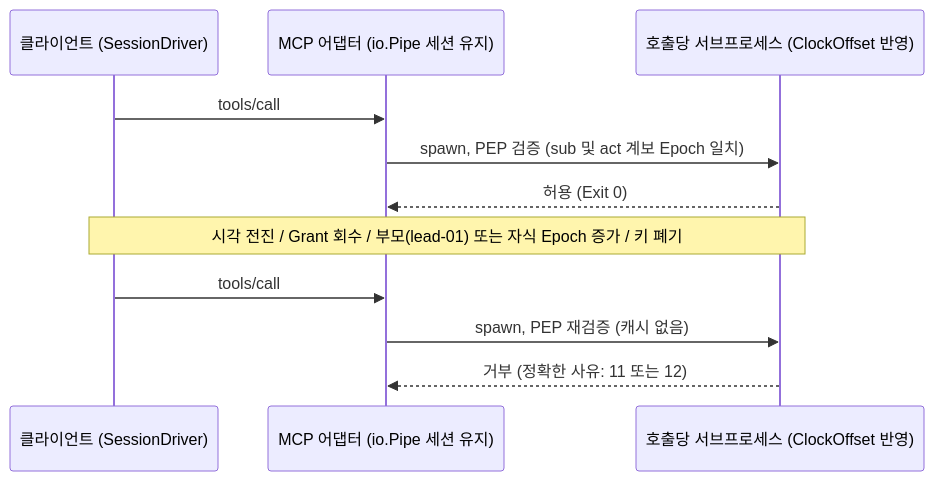
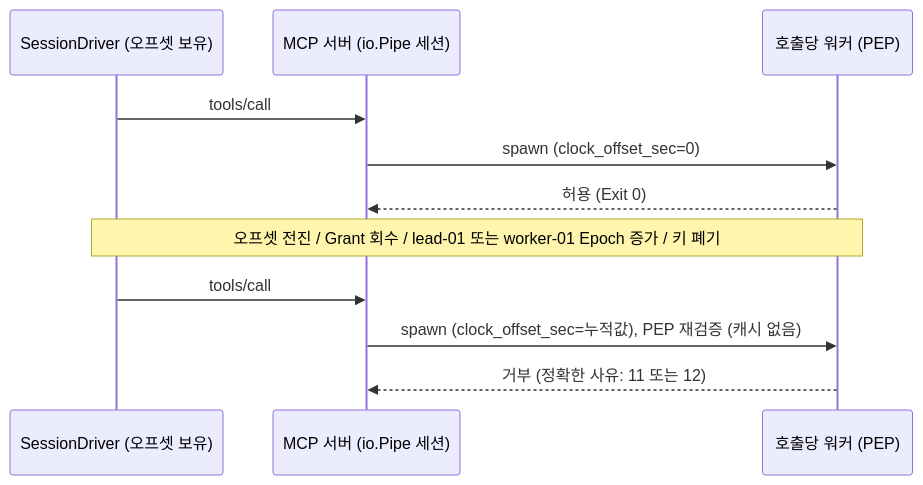
The diagram in docs/로드맵/13-장기-실행-및-토큰-수명-검증/ROADMAP.md (RadiantCitron/authz-harness), drawn with Mermaid before and after one commit. The commit also changed other lines of this file and 7 other files, not shown here.

First line of the commit message:
docs(roadmap-13): 022 보고서 — 구조 결함 T-1~T-15 검증 및 010~060 교정

````diff
--- a/docs/로드맵/13-장기-실행-및-토큰-수명-검증/ROADMAP.md
+++ b/docs/로드맵/13-장기-실행-및-토큰-수명-검증/ROADMAP.md
@@ -18,13 +19,14 @@
 ```mermaid
+%%{init: {'themeVariables': {'fontSize': '11px'}}}%%
 sequenceDiagram
-  participant C as 클라이언트 (SessionDriver)
-  participant M as MCP 어댑터 (io.Pipe 세션 유지)
-  participant W as 호출당 서브프로세스 (ClockOffset 반영)
-  C->>M: tools/call #1 (세션 토큰 T1: sub=worker-01, act=lead-01)
-  M->>W: spawn, PEP 검증 (sub 및 act 계보 Epoch 일치)
+  participant C as SessionDriver (오프셋 보유)
+  participant M as MCP 서버 (io.Pipe 세션)
+  participant W as 호출당 워커 (PEP)
+  C->>M: tools/call #1 (토큰 T1: sub=worker-01, act=lead-01)
+  M->>W: spawn (clock_offset_sec=0)
   W-->>M: 허용 (Exit 0)
-  Note over C,W: 시각 전진 / Grant 회수 / 부모(lead-01) 또는 자식 Epoch 증가 / 키 폐기
-  C->>M: tools/call #2 (세션 토큰 T1)
-  M->>W: spawn, PEP 재검증 (캐시 없음)
+  Note over C,W: 오프셋 전진 / Grant 회수 / lead-01 또는 worker-01 Epoch 증가 / 키 폐기
+  C->>M: tools/call #2 (토큰 T1)
+  M->>W: spawn (clock_offset_sec=누적값), PEP 재검증 (캐시 없음)
   W-->>M: 거부 (정확한 사유: 11 또는 12)
 ```
````
